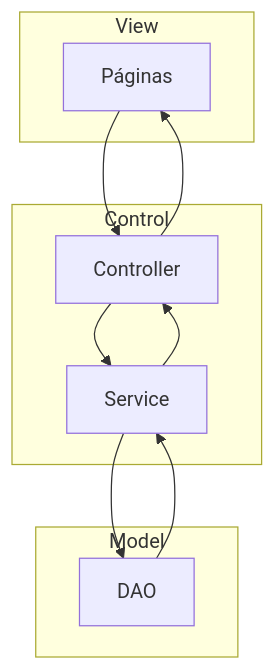
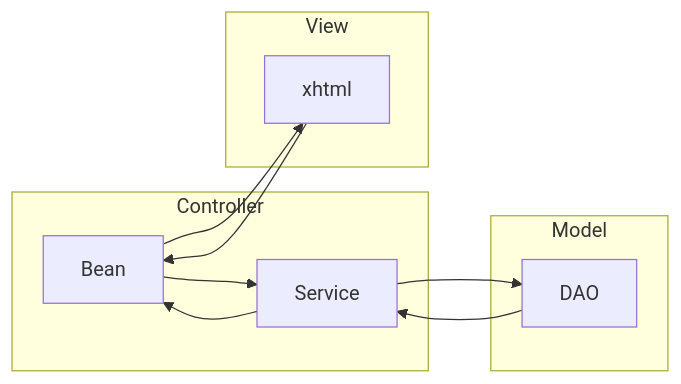
The diagram in README.md (rogeriomaia1/desafioSinerji), drawn with Mermaid before and after one commit.

Commit message:
Update README.md
Melhoria no diagrama

````diff
--- a/README.md
+++ b/README.md
@@ -19,20 +19,20 @@
 ```mermaid
 
-flowchart TB; 
-  A["Páginas"] -->Controller;
-  Controller-->A["Páginas"];
+flowchart LR;
+    subgraph Controller
+        B["Bean"] --> C["Service"]
+        C --> B
+    end
 
- subgraph View
-    A["Páginas"]
-  end
+    subgraph Model
+        C --> D["DAO"]
+        D --> C
+    end
 
- subgraph Control 
-    Controller-->Service;
-    Service-->Controller;
- end
+    subgraph View
+        A["xhtml"]
+        A --> B
+        B --> A
+    end
 
- subgraph Model     
-    Service-->DAO;
-    DAO-->Service;
-  end
 ```
````
